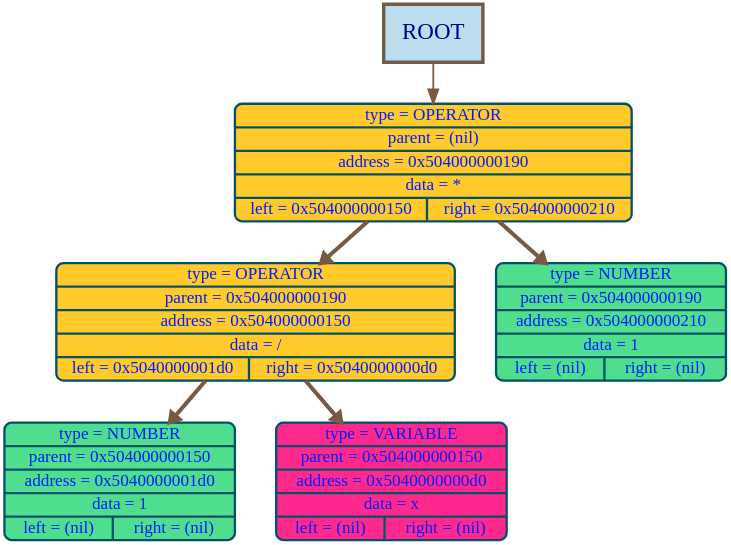
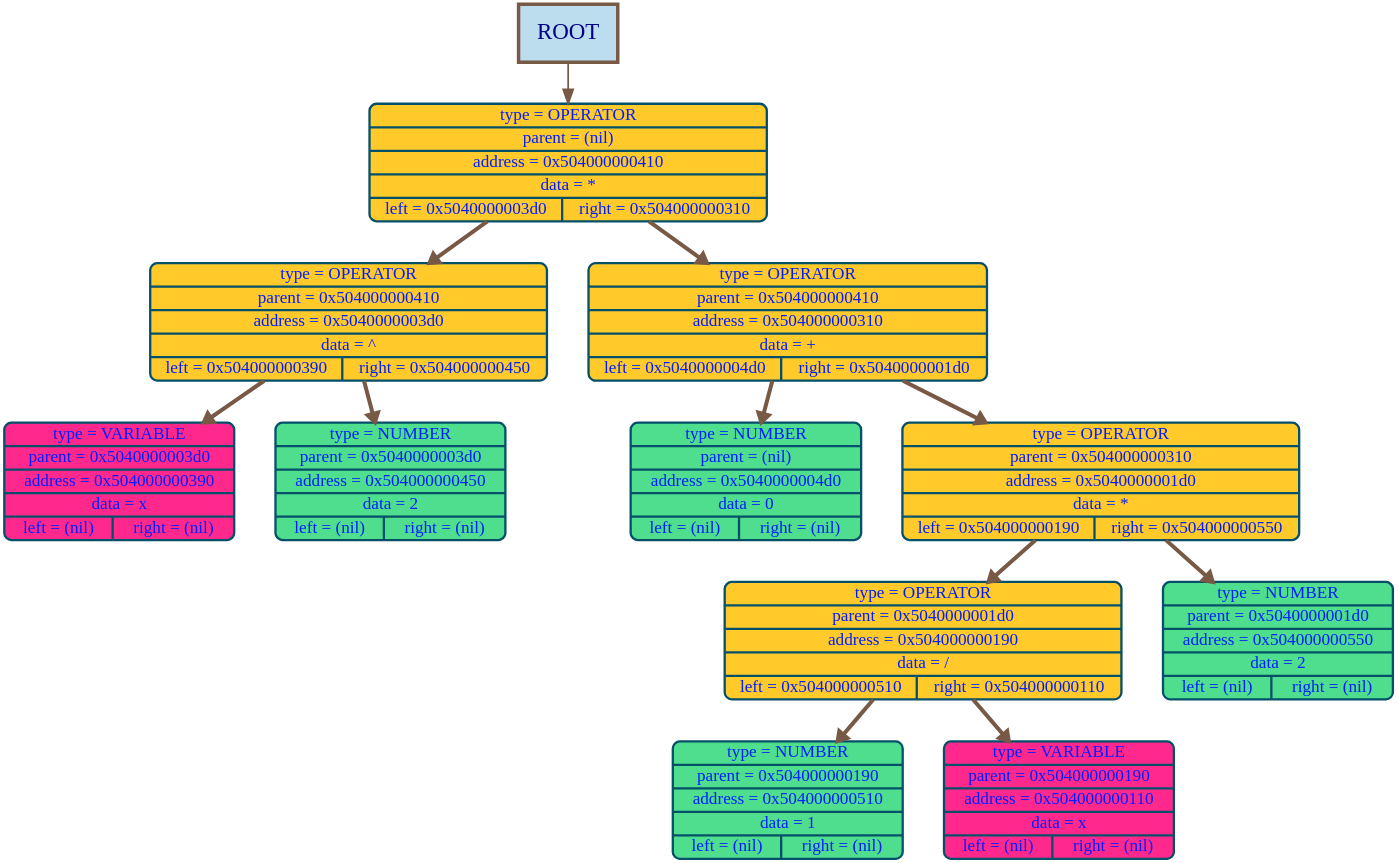
Before and after one commit to timoko3/diffirenciator: the diagram in graphDumps/graphDump.dot, drawn with Graphviz. The commit also changed 17 other files, not shown here.

```diff
--- a/graphDumps/graphDump.dot
+++ b/graphDumps/graphDump.dot
@@ -1,18 +1,30 @@
 digraph G {
 bgcolor="transparent"
 nodesep = 1;
 ranksep = 1
 	node [shape=Mrecord, style="filled", fillcolor="#70c07cff", fontcolor="#001effff", color="#035068ff", penwidth=4, fontname="Menlo", fontsize=30];
 
-	node400 [label="{type = OPERATOR | parent = (nil) | address = 0x504000000190 | data = * | {left = 0x504000000150 | right = 0x504000000210}} ", fillcolor="#ffca2aff"];
-	node336 [label="{type = OPERATOR | parent = 0x504000000190 | address = 0x504000000150 | data = / | {left = 0x5040000001d0 | right = 0x5040000000d0}} ", fillcolor="#ffca2aff"];
-	node464 [label="{type = NUMBER | parent = 0x504000000150 | address = 0x5040000001d0 | data = 1 | {left = (nil) | right = (nil)}} ", fillcolor="#4ede8dff"];
-	node208 [label="{type = VARIABLE | parent = 0x504000000150 | address = 0x5040000000d0 | data = x | {left = (nil) | right = (nil)}} ", fillcolor="#ff298dff"];
-	node528 [label="{type = NUMBER | parent = 0x504000000190 | address = 0x504000000210 | data = 1 | {left = (nil) | right = (nil)}} ", fillcolor="#4ede8dff"];
-node400 ->node336 [color="#785946ff", arrowsize=1.5, penwidth=7, weight=1000];
-node336 ->node464 [color="#785946ff", arrowsize=1.5, penwidth=7, weight=1000];
-node336->node208 [color="#785946ff", arrowsize=1.5, penwidth=7, weight=1000];
-node400->node528 [color="#785946ff", arrowsize=1.5, penwidth=7, weight=1000];
+	node1040 [label="{type = OPERATOR | parent = (nil) | address = 0x504000000410 | data = * | {left = 0x5040000003d0 | right = 0x504000000310}} ", fillcolor="#ffca2aff"];
+	node976 [label="{type = OPERATOR | parent = 0x504000000410 | address = 0x5040000003d0 | data = ^ | {left = 0x504000000390 | right = 0x504000000450}} ", fillcolor="#ffca2aff"];
+	node912 [label="{type = VARIABLE | parent = 0x5040000003d0 | address = 0x504000000390 | data = x | {left = (nil) | right = (nil)}} ", fillcolor="#ff298dff"];
+	node1104 [label="{type = NUMBER | parent = 0x5040000003d0 | address = 0x504000000450 | data = 2 | {left = (nil) | right = (nil)}} ", fillcolor="#4ede8dff"];
+	node784 [label="{type = OPERATOR | parent = 0x504000000410 | address = 0x504000000310 | data = + | {left = 0x5040000004d0 | right = 0x5040000001d0}} ", fillcolor="#ffca2aff"];
+	node1232 [label="{type = NUMBER | parent = (nil) | address = 0x5040000004d0 | data = 0 | {left = (nil) | right = (nil)}} ", fillcolor="#4ede8dff"];
+	node464 [label="{type = OPERATOR | parent = 0x504000000310 | address = 0x5040000001d0 | data = * | {left = 0x504000000190 | right = 0x504000000550}} ", fillcolor="#ffca2aff"];
+	node400 [label="{type = OPERATOR | parent = 0x5040000001d0 | address = 0x504000000190 | data = / | {left = 0x504000000510 | right = 0x504000000110}} ", fillcolor="#ffca2aff"];
+	node1296 [label="{type = NUMBER | parent = 0x504000000190 | address = 0x504000000510 | data = 1 | {left = (nil) | right = (nil)}} ", fillcolor="#4ede8dff"];
+	node272 [label="{type = VARIABLE | parent = 0x504000000190 | address = 0x504000000110 | data = x | {left = (nil) | right = (nil)}} ", fillcolor="#ff298dff"];
+	node1360 [label="{type = NUMBER | parent = 0x5040000001d0 | address = 0x504000000550 | data = 2 | {left = (nil) | right = (nil)}} ", fillcolor="#4ede8dff"];
+node1040 ->node976 [color="#785946ff", arrowsize=1.5, penwidth=7, weight=1000];
+node976 ->node912 [color="#785946ff", arrowsize=1.5, penwidth=7, weight=1000];
+node976->node1104 [color="#785946ff", arrowsize=1.5, penwidth=7, weight=1000];
+node1040->node784 [color="#785946ff", arrowsize=1.5, penwidth=7, weight=1000];
+node784 ->node1232 [color="#785946ff", arrowsize=1.5, penwidth=7, weight=1000];
+node784->node464 [color="#785946ff", arrowsize=1.5, penwidth=7, weight=1000];
+node464 ->node400 [color="#785946ff", arrowsize=1.5, penwidth=7, weight=1000];
+node400 ->node1296 [color="#785946ff", arrowsize=1.5, penwidth=7, weight=1000];
+node400->node272 [color="#785946ff", arrowsize=1.5, penwidth=7, weight=1000];
+node464->node1360 [color="#785946ff", arrowsize=1.5, penwidth=7, weight=1000];
 root_label [shape=box, width = 2.4, height = 1.4, label="ROOT", style="filled", fillcolor="#BBDDEE", color="#785946ff", penwidth = 6,  fontcolor="darkblue", fontsize = 40];
-root_label -> node400 [color="#785946ff"  , arrowsize=2.5, penwidth=3];
+root_label -> node1040 [color="#785946ff"  , arrowsize=2.5, penwidth=3];
 }
```
